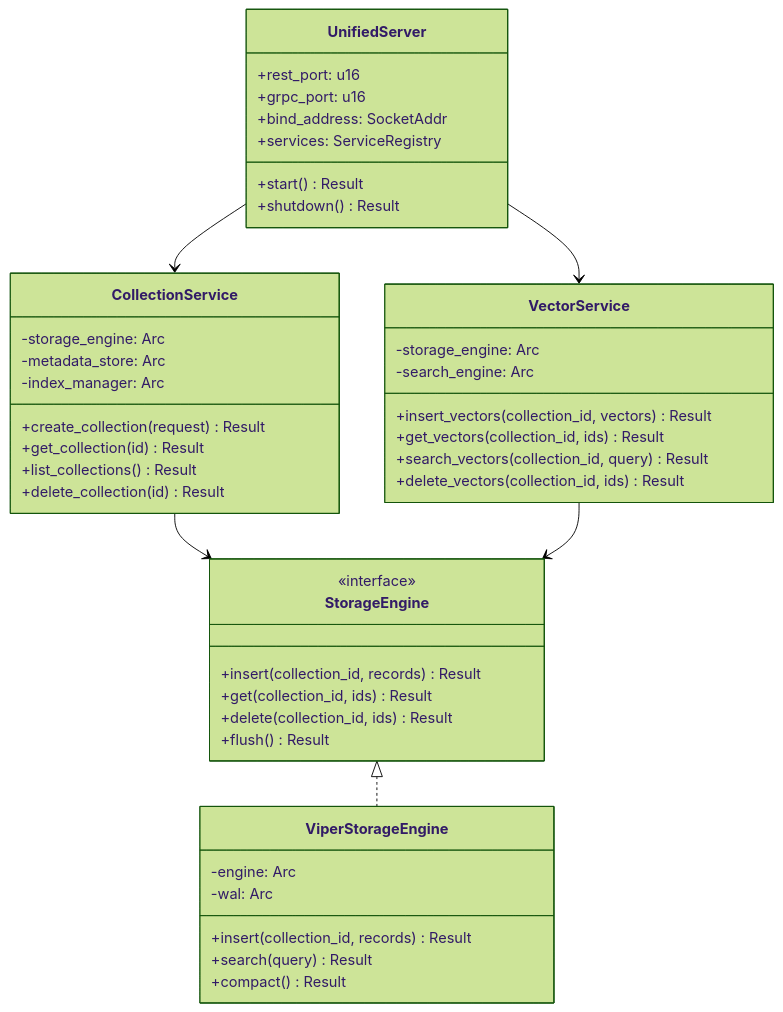
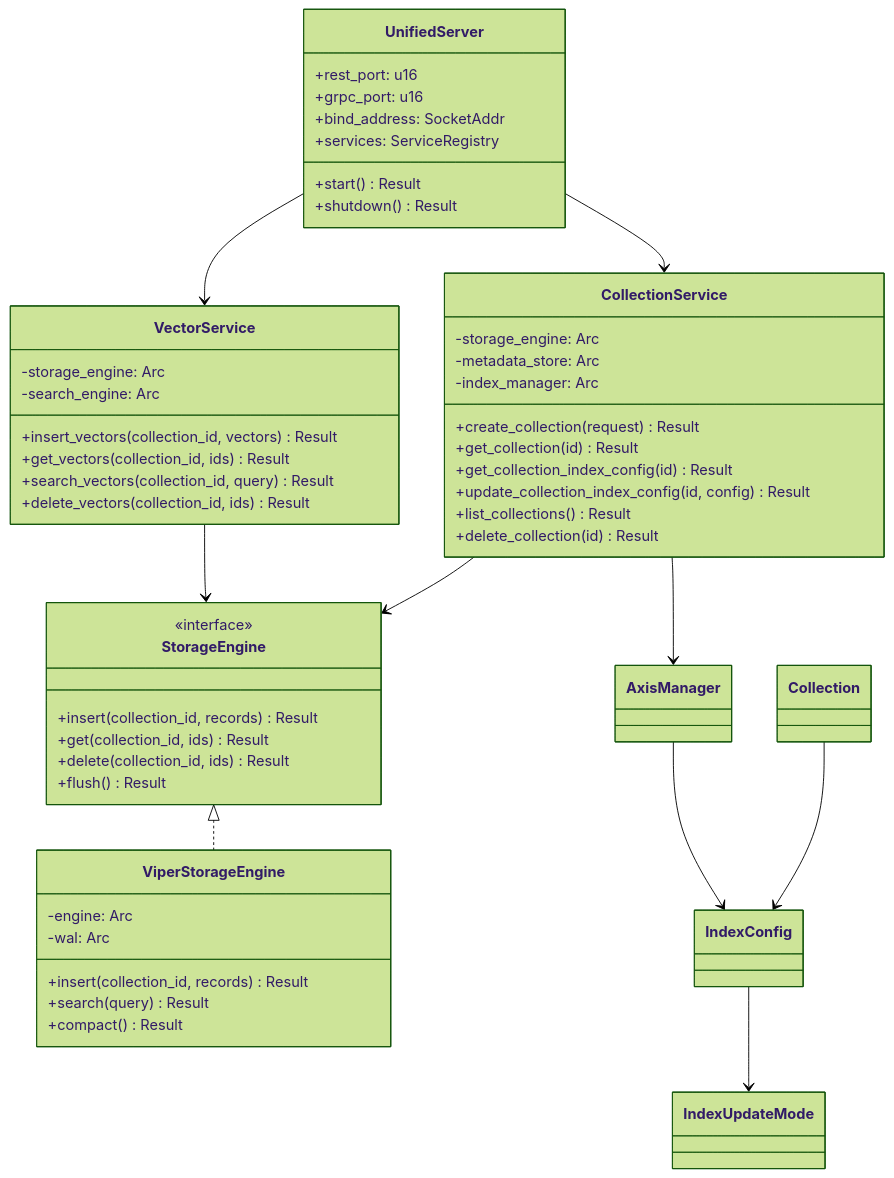
The third of 7 diagrams in misc/docs/proximadb_architecture_uml.md (vjsingh1984/proximaDB), drawn with Mermaid (forest theme) before and after one commit. The commit also changed other lines of this file and 63 other files, not shown here.

First line of the commit message:
docs: architectural correction - IndexConfig moved to AXIS

````diff
--- a/misc/docs/proximadb_architecture_uml.md
+++ b/misc/docs/proximadb_architecture_uml.md
@@ -191,52 +242,58 @@
 ```mermaid
 classDiagram
     class UnifiedServer {
         +rest_port: u16
         +grpc_port: u16
         +bind_address: SocketAddr
         +services: ServiceRegistry
         +start() Result
         +shutdown() Result
     }
     
     class CollectionService {
         -storage_engine: Arc<StorageEngine>
         -metadata_store: Arc<MetadataStore>
         -index_manager: Arc<AxisIndexManager>
         +create_collection(request) Result
         +get_collection(id) Result
+        +get_collection_index_config(id) Result
+        +update_collection_index_config(id, config) Result
         +list_collections() Result
         +delete_collection(id) Result
     }
     
     class VectorService {
         -storage_engine: Arc<StorageEngine>
         -search_engine: Arc<SearchEngine>
         +insert_vectors(collection_id, vectors) Result
         +get_vectors(collection_id, ids) Result
         +search_vectors(collection_id, query) Result
         +delete_vectors(collection_id, ids) Result
     }
     
     class StorageEngine {
         <<interface>>
         +insert(collection_id, records) Result
         +get(collection_id, ids) Result
         +delete(collection_id, ids) Result
         +flush() Result
     }
     
     class ViperStorageEngine {
         -engine: Arc<ViperCoreEngine>
         -wal: Arc<WalManager>
         +insert(collection_id, records) Result
         +search(query) Result
         +compact() Result
     }
     
     UnifiedServer --> CollectionService
     UnifiedServer --> VectorService
     CollectionService --> StorageEngine
+    CollectionService --> AxisManager
     VectorService --> StorageEngine
     StorageEngine <|.. ViperStorageEngine
+    Collection --> IndexConfig
+    AxisManager --> IndexConfig
+    IndexConfig --> IndexUpdateMode
 ```
````
